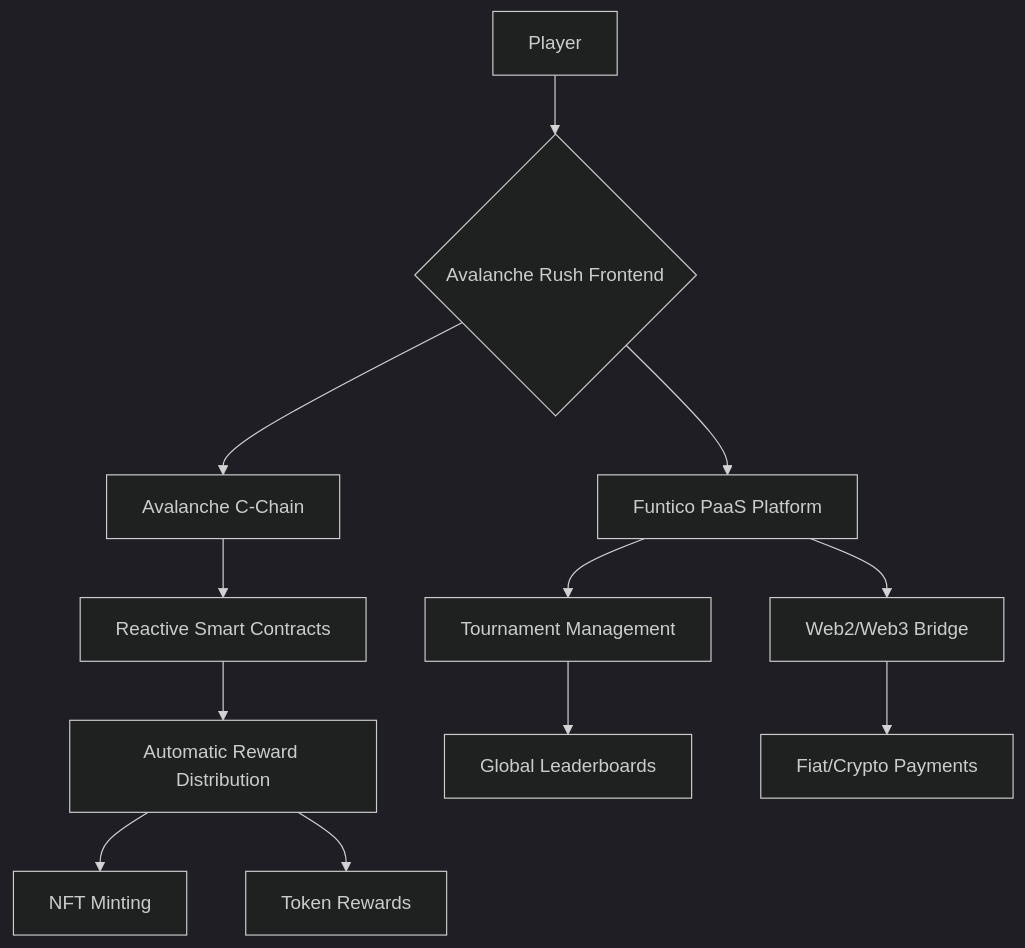
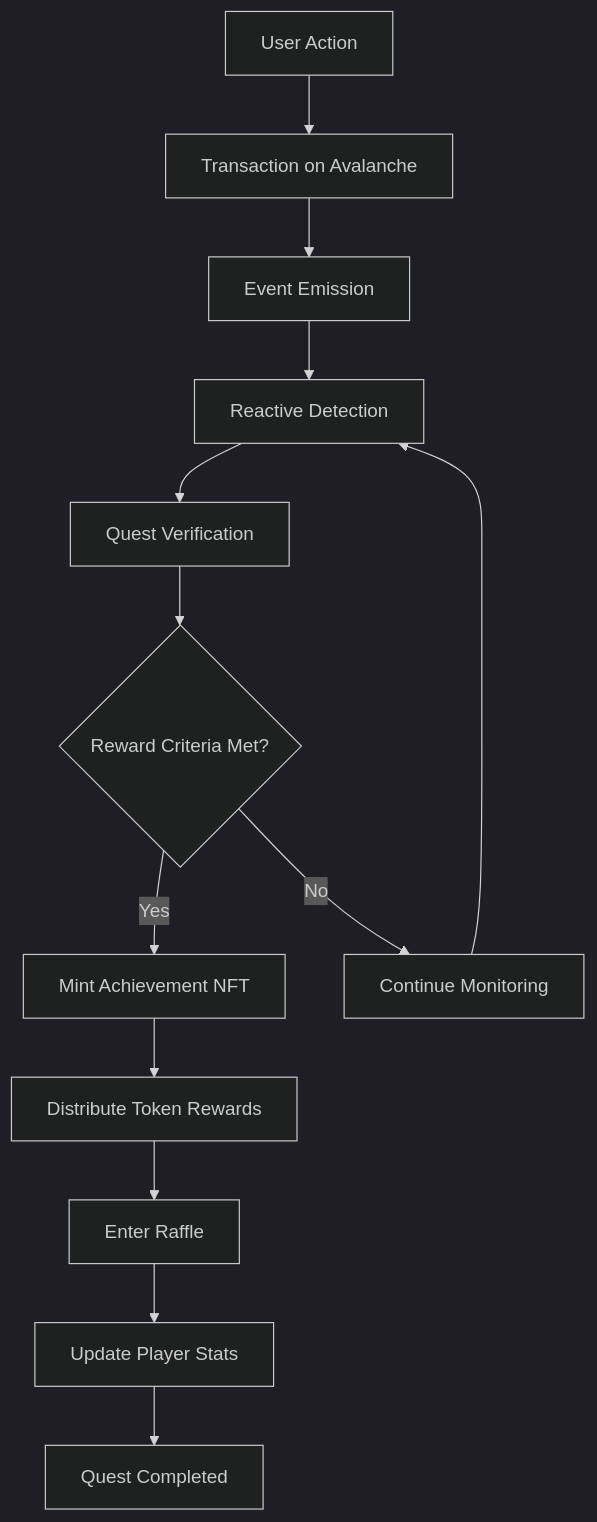
The tenth of 14 diagrams in README.md (lucylow/avalanche-rush), drawn with Mermaid (dark theme) before and after one commit. The commit also changed other lines of this file and 6 other files, not shown here.

````diff
--- a/README.md
+++ b/README.md
@@ -31,14 +429,18 @@
 ```mermaid
-graph TB
-    A[Player] --> B{Avalanche Rush Frontend}
-    B --> C[Funtico PaaS Platform]
-    B --> D[Avalanche C-Chain]
-    D --> E[Reactive Smart Contracts]
-    E --> F[Automatic Reward Distribution]
-    C --> G[Tournament Management]
-    C --> H[Web2/Web3 Bridge]
-    F --> I[NFT Minting]
-    F --> J[Token Rewards]
-    G --> K[Global Leaderboards]
-    H --> L[Fiat/Crypto Payments]
+graph TD
+    A[User Action] --> B[Transaction on Avalanche]
+    B --> C[Event Emission]
+    C --> D[Reactive Detection]
+    D --> E[Quest Verification]
+    E --> F{Reward Criteria Met?}
+    
+    F -->|Yes| G[Mint Achievement NFT]
+    F -->|No| H[Continue Monitoring]
+    
+    G --> I[Distribute Token Rewards]
+    I --> J[Enter Raffle]
+    J --> K[Update Player Stats]
+    
+    H --> D
+    K --> L[Quest Completed]
 ```
````
